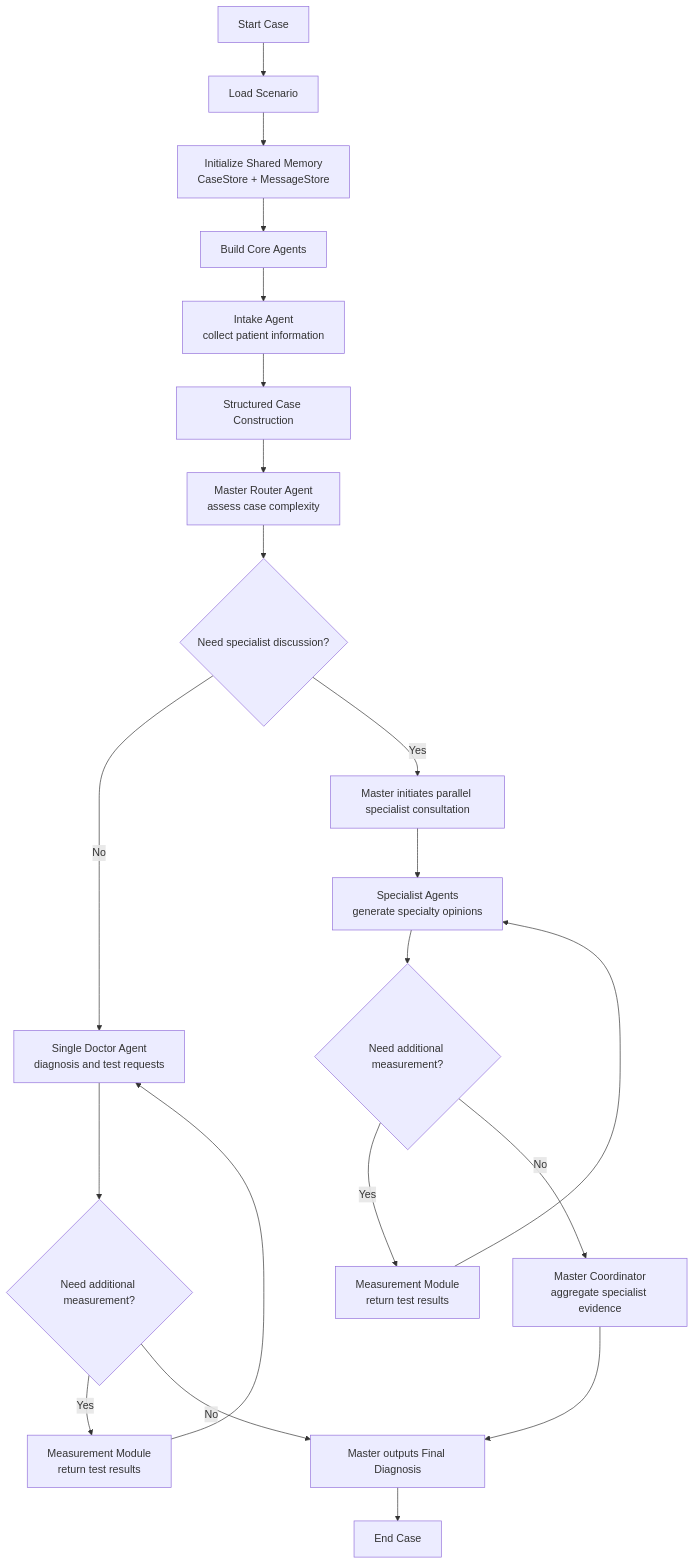
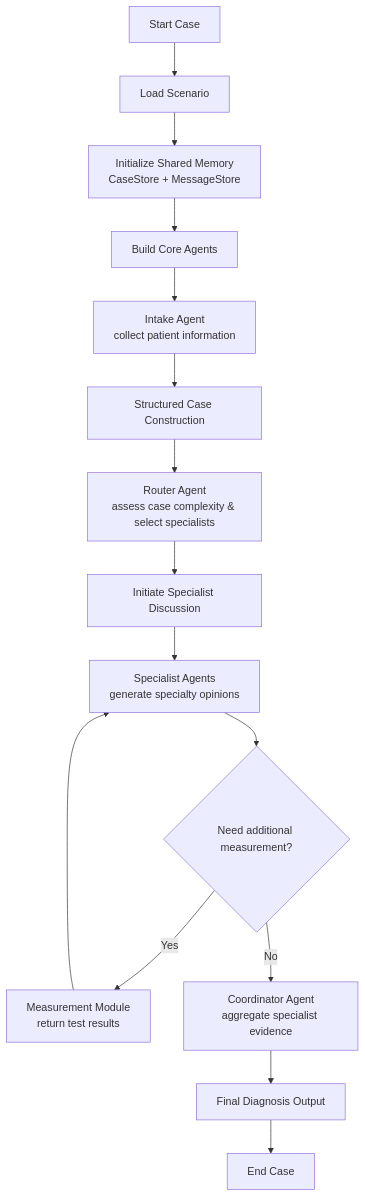
Before and after one commit to 18513087025/AdvancedAgentClinic: the diagram in 系统流程图.md, drawn with Mermaid. The commit also changed 7 other files, not shown here.

Commit message:
coordinator not in discussion turn only summary

````diff
--- a/系统流程图.md
+++ b/系统流程图.md
@@ -1,28 +1,21 @@
 ```mermaid
 flowchart TD
     A[Start Case] --> B[Load Scenario]
     B --> C[Initialize Shared Memory<br/>CaseStore + MessageStore]
     C --> D[Build Core Agents]
 
     D --> E[Intake Agent<br/>collect patient information]
     E --> F[Structured Case Construction]
-    F --> G[Master Router Agent<br/>assess case complexity]
+    F --> G[Router Agent<br/>assess case complexity & select specialists]
 
-    G --> H{Need specialist discussion?}
+    G --> M[Initiate Specialist Discussion]
+    M --> N[Specialist Agents<br/>generate specialty opinions]
 
-    H -- No --> I[Single Doctor Agent<br/>diagnosis and test requests]
-    I --> J{Need additional measurement?}
-    J -- Yes --> K[Measurement Module<br/>return test results]
-    K --> I
-    J -- No --> R[Master outputs Final Diagnosis]
-
-    H -- Yes --> M[Master initiates parallel specialist consultation]
-    M --> N[Specialist Agents<br/>generate specialty opinions]
     N --> O{Need additional measurement?}
     O -- Yes --> P[Measurement Module<br/>return test results]
     P --> N
-    O -- No --> Q[Master Coordinator<br/>aggregate specialist evidence]
-    Q --> R
+    O -- No --> Q[Coordinator Agent<br/>aggregate specialist evidence]
 
+    Q --> R[Final Diagnosis Output]
     R --> S[End Case]
 ```
````
